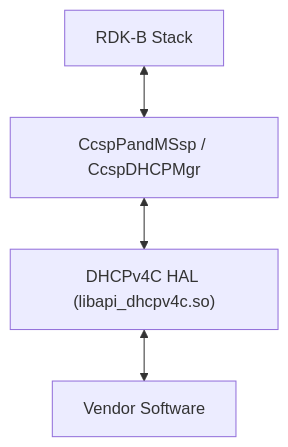
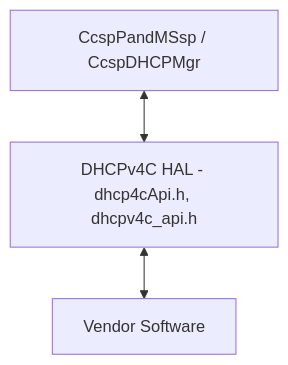
The first of 2 diagrams in docs/pages/halSpec.md (Blitzy-Sky/rdkb-halif-dhcp), drawn with Mermaid before and after one commit.

Commit message:
docs: normalise the DHCPv4C HAL architecture flowchart in its specification
The Description flowchart now uses the common top-down form shared by
every C HAL page: CcspPandMSsp / CcspDHCPMgr, then the DHCPv4C HAL node
(dhcp4cApi.h, dhcpv4c_api.h), then Vendor Software, joined by
double-headed edges. The extra RDK-B Stack layer is removed.

````diff
--- a/docs/pages/halSpec.md
+++ b/docs/pages/halSpec.md
@@ -32,7 +32,5 @@
 ```mermaid
-flowchart TD;
-    RDKBStack[RDK-B Stack] <-->
-    OwningServices["CcspPandMSsp / CcspDHCPMgr"] <-->
-    DHCPv4CHAL["DHCPv4C HAL (libapi_dhcpv4c.so)"] <-->
-    VendorSoftware[Vendor Software]
+flowchart TD
+    Caller["CcspPandMSsp / CcspDHCPMgr"] <--> HAL["DHCPv4C HAL - dhcp4cApi.h, dhcpv4c_api.h"]
+    HAL <--> Vendor["Vendor Software"]
 ```
````
